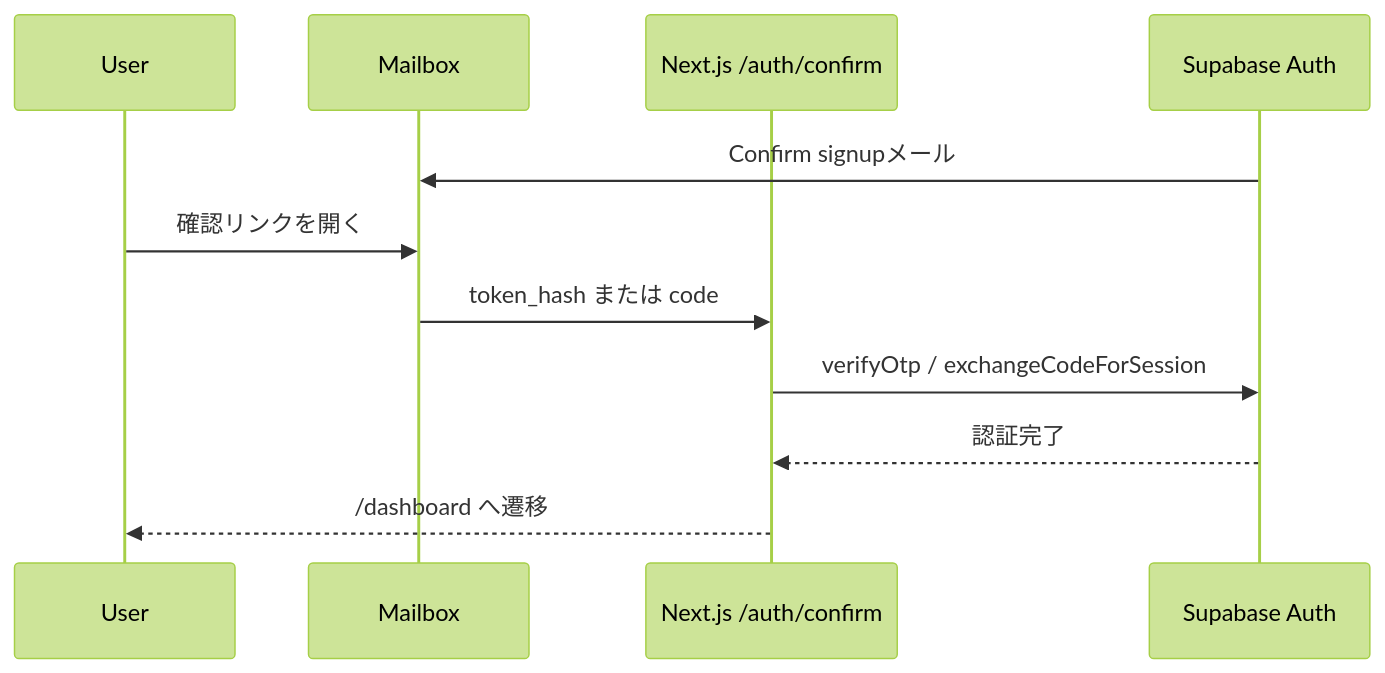
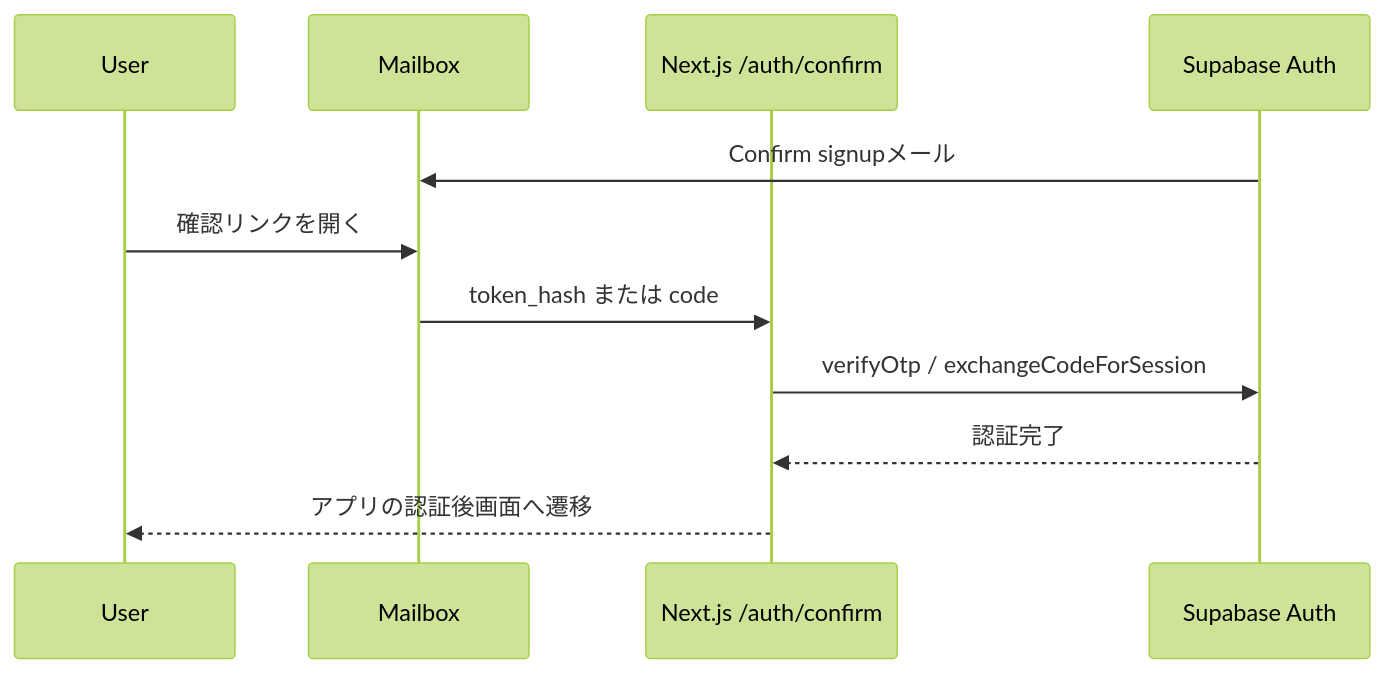
Before and after one commit to k-systems202208/nextjs-supabase-vercel-webapp-template: the fourth of 4 diagrams in docs/AUTH-CRUD.md, drawn with Mermaid (forest theme). The commit also changed other lines of this file, not shown here.

````diff
--- a/docs/AUTH-CRUD.md
+++ b/docs/AUTH-CRUD.md
@@ -86,13 +103,13 @@
 ```mermaid
 sequenceDiagram
     participant U as User
     participant M as Mailbox
     participant A as Next.js /auth/confirm
     participant S as Supabase Auth
     S->>M: Confirm signupメール
     U->>M: 確認リンクを開く
     M->>A: token_hash または code
     A->>S: verifyOtp / exchangeCodeForSession
     S-->>A: 認証完了
-    A-->>U: /dashboard へ遷移
+    A-->>U: アプリの認証後画面へ遷移
 ```
````
